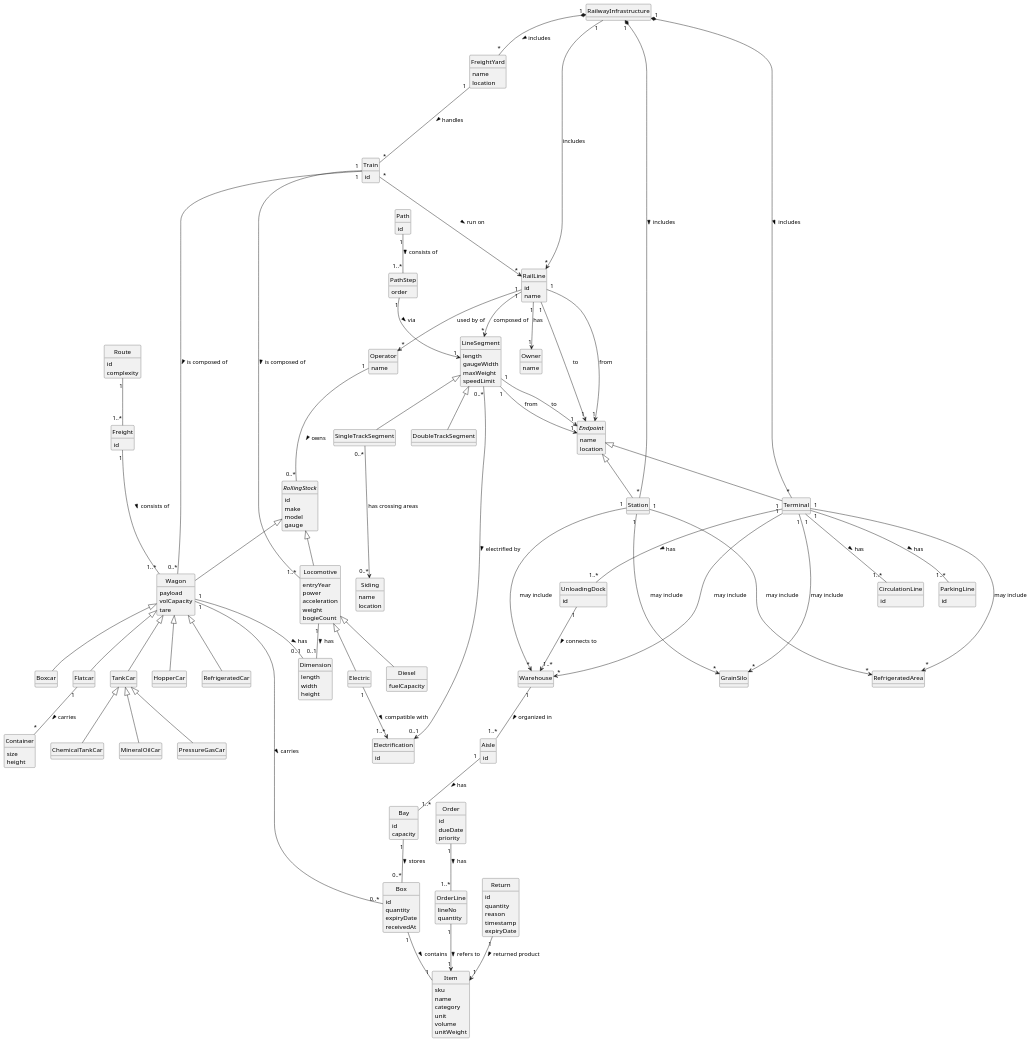
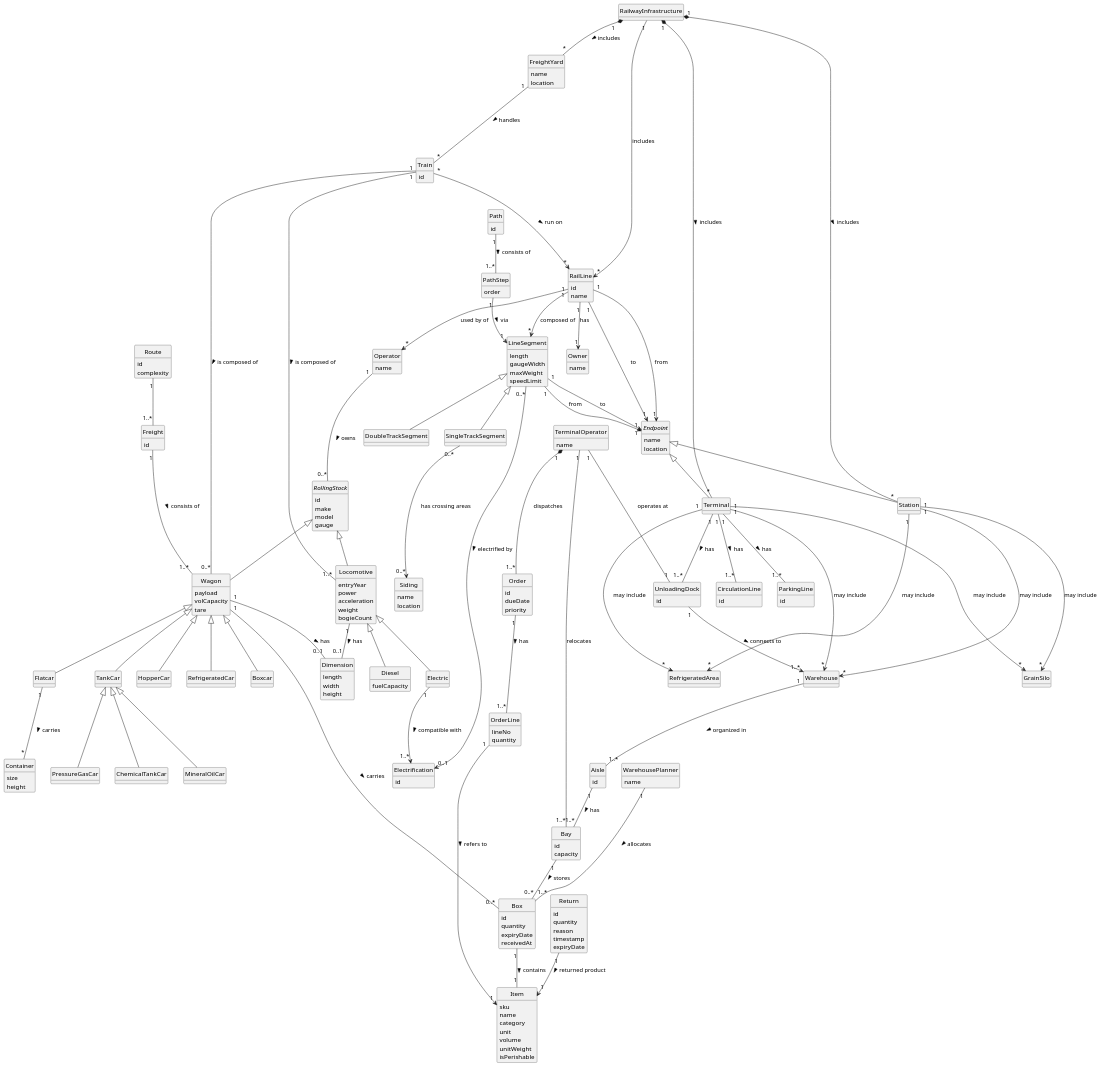
The diagram in docs/system-documentation/global-artifacts/DM/puml/DM.puml (bruno-monteiro5/sem3-pi-25.26-g164-repository), drawn with PlantUML before and after one commit. The commit also changed 1 other file, not shown here.

```diff
--- a/docs/system-documentation/global-artifacts/DM/puml/DM.puml
+++ b/docs/system-documentation/global-artifacts/DM/puml/DM.puml
@@ -182,6 +182,7 @@
     unit
     volume
     unitWeight
+    isPerishable
 }
 
 class Order {
@@ -201,6 +202,14 @@
     reason
     timestamp
     expiryDate
+}
+
+class TerminalOperator {
+    name
+}
+
+class WarehousePlanner {
+    name
 }
 
 
@@ -249,5 +258,12 @@
 RailwayInfrastructure "1" *-- "*" Terminal : includes >
 RailwayInfrastructure "1" *-- "*" FreightYard : includes >
 FreightYard "1" --- "*" Train : handles >
+TerminalOperator "1"---"1" UnloadingDock : operates at
+TerminalOperator "1"--- "1..*" Bay : relocates
+TerminalOperator "1" *--- "1..*" Order : dispatches
+WarehousePlanner "1"---"1..*" Box   : allocates >
+
+
+
 
 @enduml
```
